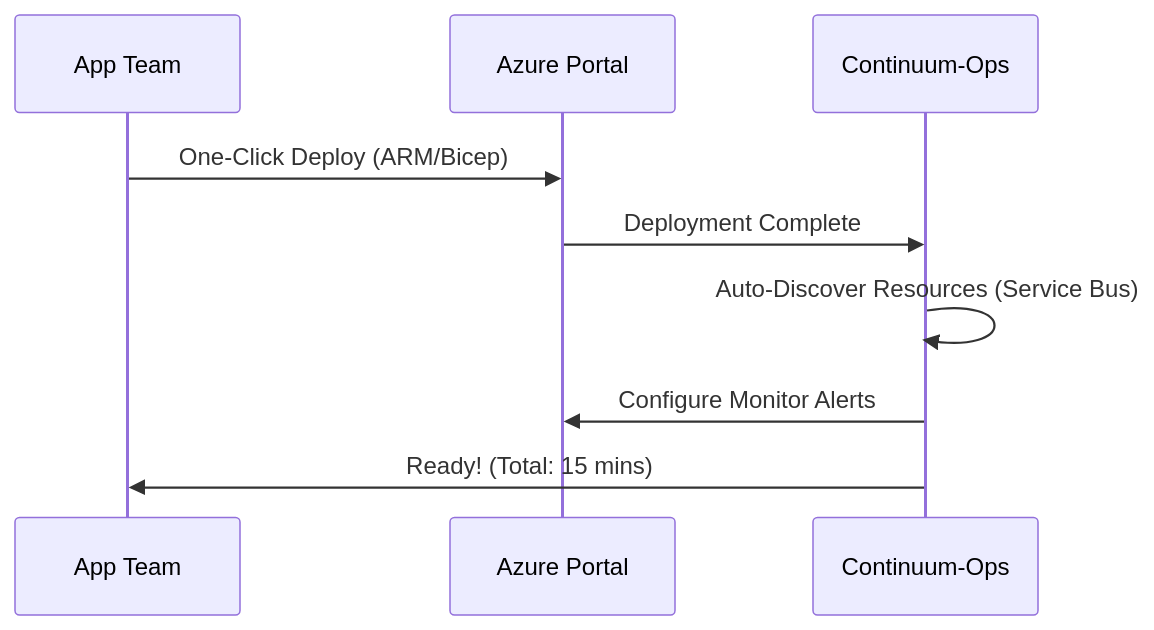
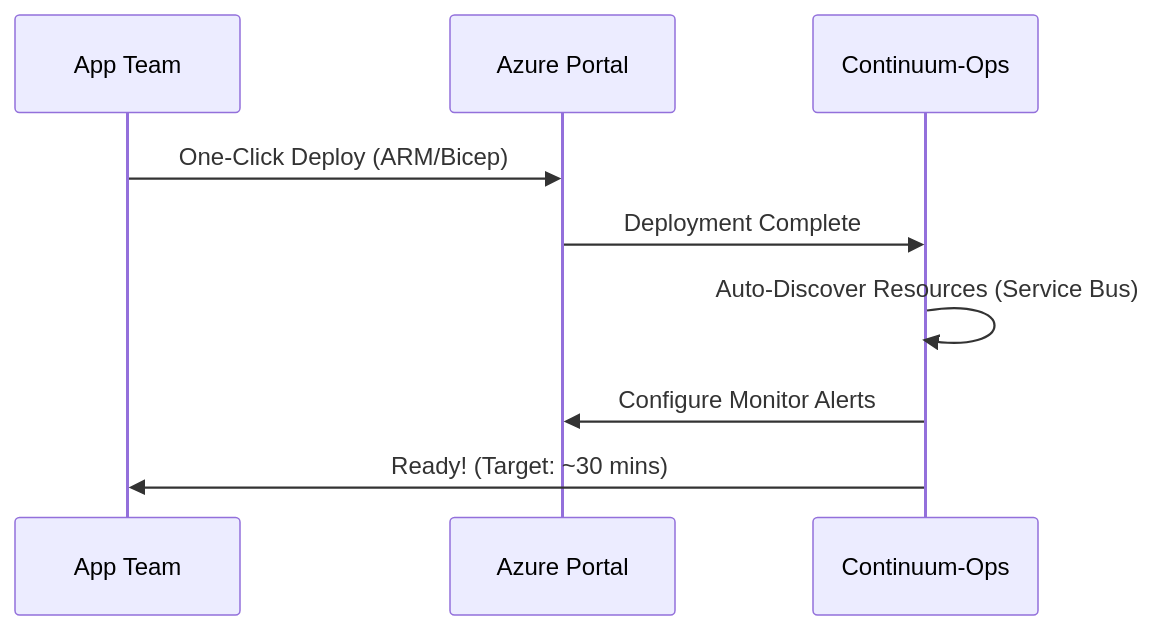
One commit to mayankgupta7673/Continuum-Ops changed the fourth of 6 diagrams in docs/00-Product-Overview.md. Above: the diagram before and after it, drawn with Mermaid. The commit also changed other lines of this file and 2 other files, not shown here.

````diff
--- a/docs/00-Product-Overview.md
+++ b/docs/00-Product-Overview.md
@@ -193,12 +193,12 @@
 ```mermaid
 sequenceDiagram
     participant APP_TEAM as App Team
     participant AZURE as Azure Portal
     participant OPS as Continuum-Ops
     
     APP_TEAM->>AZURE: One-Click Deploy (ARM/Bicep)
     AZURE->>OPS: Deployment Complete
     OPS->>OPS: Auto-Discover Resources (Service Bus)
     OPS->>AZURE: Configure Monitor Alerts
-    OPS->>APP_TEAM: Ready! (Total: 15 mins)
+    OPS->>APP_TEAM: Ready! (Target: ~30 mins)
 ```
````
